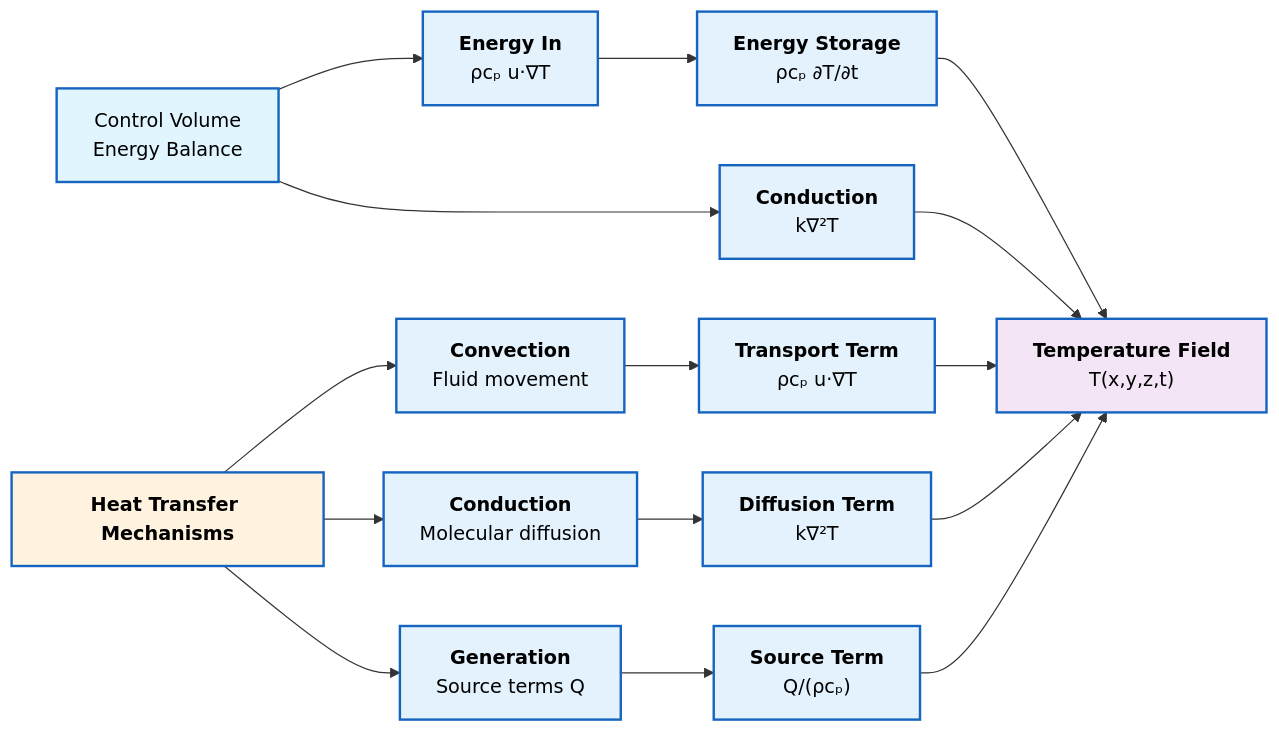
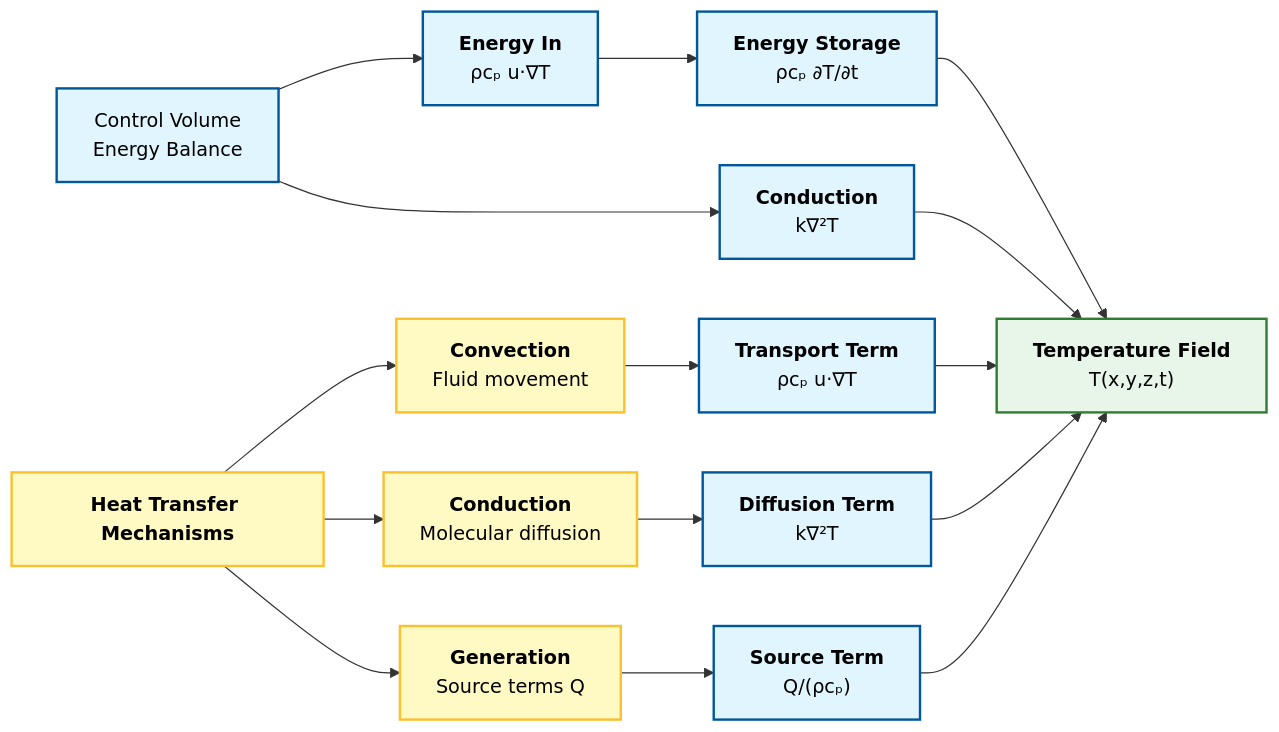
Before and after one commit to wramet/build-my-cfd: the fifth of 8 diagrams in MODULE_01_CFD_FUNDAMENTALS/CONTENT/02_FINITE_VOLUME_METHOD/02_Fundamental_Concepts.md, drawn with Mermaid. The commit also changed other lines of this file and 313 other files, not shown here.

Commit message:
Revise all diagram

````diff
--- a/MODULE_01_CFD_FUNDAMENTALS/CONTENT/02_FINITE_VOLUME_METHOD/02_Fundamental_Concepts.md
+++ b/MODULE_01_CFD_FUNDAMENTALS/CONTENT/02_FINITE_VOLUME_METHOD/02_Fundamental_Concepts.md
@@ -213,33 +206,24 @@
 ```mermaid
 graph LR
-    A["Control Volume<br/>Energy Balance"] --> B["<b>Energy In</b><br/>ρcₚ u·∇T"]
-    B --> C["<b>Energy Storage</b><br/>ρcₚ ∂T/∂t"]
-    A --> D["<b>Conduction</b><br/>k∇²T"]
-    C --> E["<b>Temperature Field</b><br/>T(x,y,z,t)"]
-    D --> E
+classDef process fill:#e1f5fe,stroke:#01579b,stroke-width:2px,color:#000;
+classDef decision fill:#fff9c4,stroke:#fbc02d,stroke-width:2px,color:#000;
+classDef storage fill:#e8f5e9,stroke:#2e7d32,stroke-width:2px,color:#000;
 
-    F["<b>Heat Transfer Mechanisms</b>"] --> G["<b>Convection</b><br/>Fluid movement"]
-    F --> H["<b>Conduction</b><br/>Molecular diffusion"]
-    F --> I["<b>Generation</b><br/>Source terms Q"]
+A["Control Volume<br/>Energy Balance"]:::process --> B["<b>Energy In</b><br/>ρcₚ u·∇T"]:::process
+B --> C["<b>Energy Storage</b><br/>ρcₚ ∂T/∂t"]:::process
+A --> D["<b>Conduction</b><br/>k∇²T"]:::process
+C --> E["<b>Temperature Field</b><br/>T(x,y,z,t)"]:::storage
+D --> E
 
-    G --> J["<b>Transport Term</b><br/>ρcₚ u·∇T"]
-    H --> K["<b>Diffusion Term</b><br/>k∇²T"]
-    I --> L["<b>Source Term</b><br/>Q/(ρcₚ)"]
+F["<b>Heat Transfer Mechanisms</b>"]:::decision --> G["<b>Convection</b><br/>Fluid movement"]:::decision
+F --> H["<b>Conduction</b><br/>Molecular diffusion"]:::decision
+F --> I["<b>Generation</b><br/>Source terms Q"]:::decision
 
-    J --> E
-    K --> E
-    L --> E
+G --> J["<b>Transport Term</b><br/>ρcₚ u·∇T"]:::process
+H --> K["<b>Diffusion Term</b><br/>k∇²T"]:::process
+I --> L["<b>Source Term</b><br/>Q/(ρcₚ)"]:::process
 
-    style A fill:#e1f5fe
-    style E fill:#f3e5f5
-    style F fill:#fff3e0
-
-    classDef process fill:#e3f2fd,stroke:#1565c0,stroke-width:2px,color:#000;
-    classDef decision fill:#fff9c4,stroke:#fbc02d,stroke-width:2px,color:#000;
-    classDef terminator fill:#ffebee,stroke:#c62828,stroke-width:2px,color:#000;
-    classDef storage fill:#e8f5e9,stroke:#2e7d32,stroke-width:2px,color:#000;
-    classDef principle fill:#f3e5f5,stroke:#7b1fa2,stroke-width:2px,color:#000;
-    classDef arrows fill:none,stroke:none,color:none;
-
-    class A,B,C,D,E,F,G,H,I,J,K,L process;
+J --> E
+K --> E
+L --> E
 ```
````
